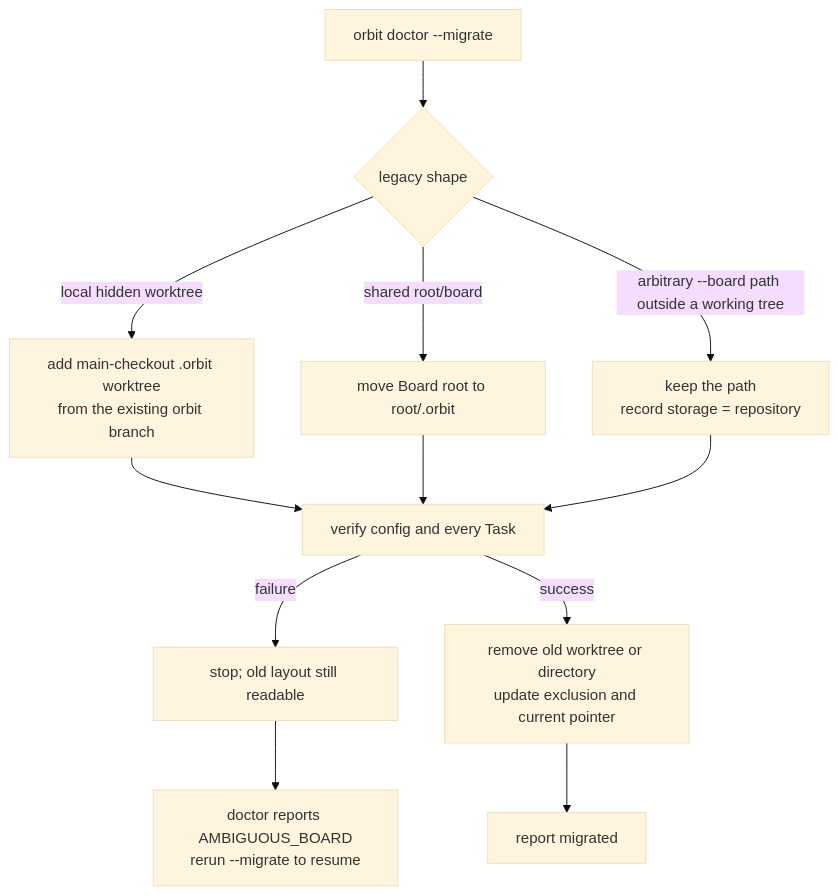
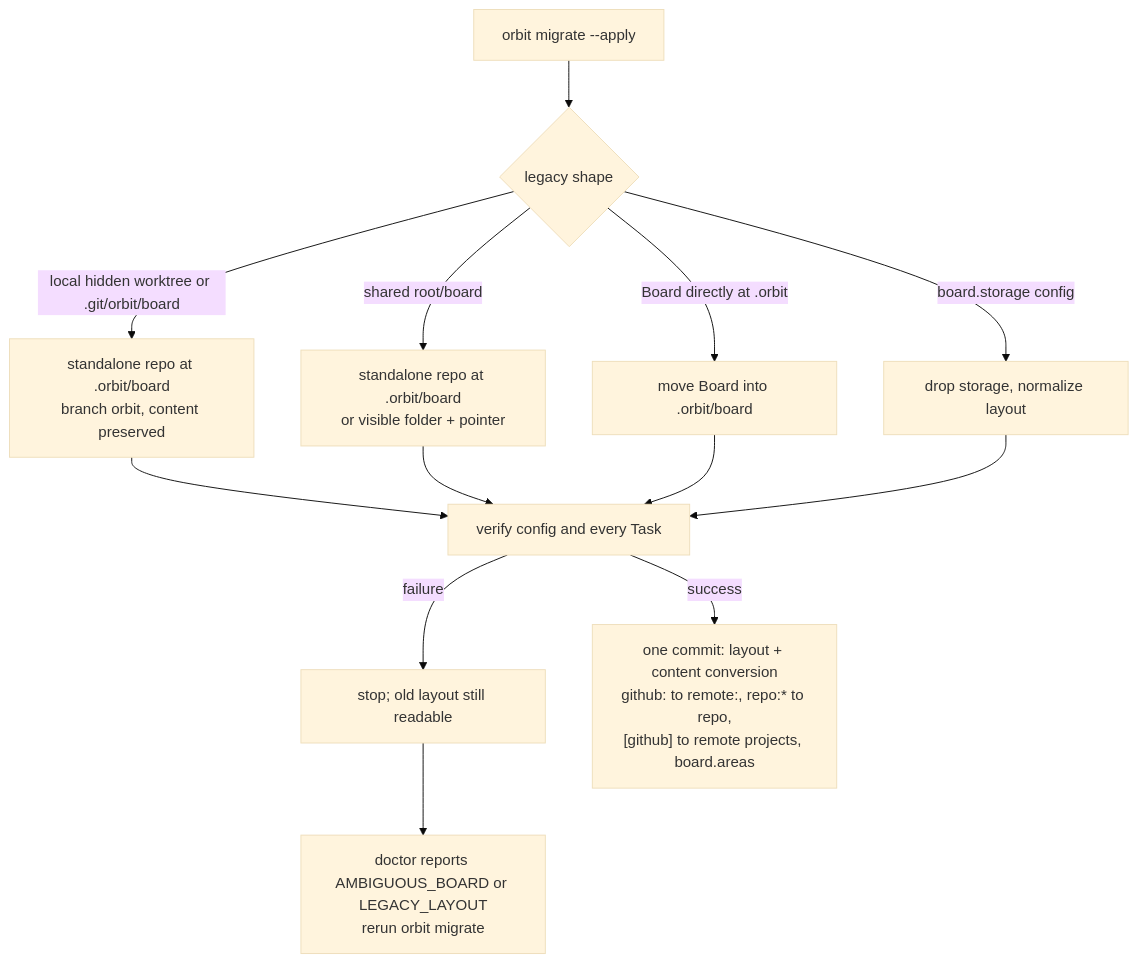
Diagram 12 of 15 in docs/ARCHITECTURE.md (rcmendes/orbit), drawn with Mermaid (base theme) before and after one commit. The commit also changed other lines of this file, not shown here.

Commit message:
docs(architecture): redraw board layout, init flow, and legacy migration for ADR-0019

````diff
--- a/docs/ARCHITECTURE.md
+++ b/docs/ARCHITECTURE.md
@@ -694,14 +698,15 @@
 ```mermaid
 flowchart TD
-    D["orbit doctor --migrate"] --> L{"legacy shape"}
-    L -->|local hidden worktree| W["add main-checkout .orbit worktree<br/>from the existing orbit branch"]
-    L -->|shared root/board| M["move Board root to root/.orbit"]
-    L -->|arbitrary --board path outside a working tree| K["keep the path<br/>record storage = repository"]
+    D["orbit migrate --apply"] --> L{"legacy shape"}
+    L -->|local hidden worktree or .git/orbit/board| W["standalone repo at .orbit/board<br/>branch orbit, content preserved"]
+    L -->|shared root/board| M["standalone repo at .orbit/board<br/>or visible folder + pointer"]
+    L -->|Board directly at .orbit| K["move Board into .orbit/board"]
+    L -->|board.storage config| C["drop storage, normalize layout"]
     W --> V["verify config and every Task"]
     M --> V
     K --> V
+    C --> V
     V -->|failure| X["stop; old layout still readable"]
-    V -->|success| C["remove old worktree or directory<br/>update exclusion and current pointer"]
-    C --> R["report migrated"]
-    X --> A["doctor reports AMBIGUOUS_BOARD<br/>rerun --migrate to resume"]
+    V -->|success| R["one commit: layout + content conversion<br/>github: to remote:, repo:* to repo,<br/>[github] to remote projects, board.areas"]
+    X --> A["doctor reports AMBIGUOUS_BOARD or LEGACY_LAYOUT<br/>rerun orbit migrate"]
 ```
````
